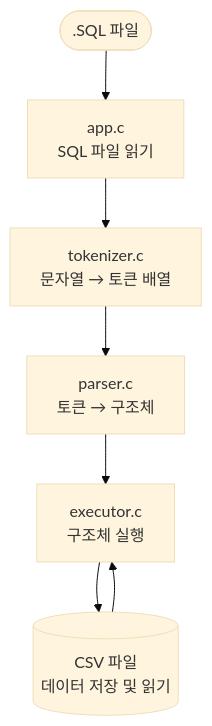
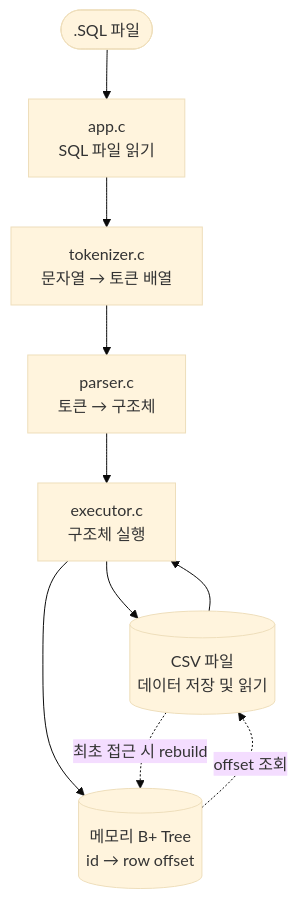
One commit to Jungle-12-303/week7-02-sql-index changed the diagram in AGENTS.md. Above: the diagram before and after it, drawn with Mermaid (base theme). The commit also changed other lines of this file and 10 other files, not shown here.

````diff
--- a/AGENTS.md
+++ b/AGENTS.md
@@ -24,9 +29,12 @@
 ```mermaid
 flowchart TD
     A([.SQL 파일]) --> B[app.c<br>SQL 파일 읽기]
     B --> C[tokenizer.c<br>문자열 → 토큰 배열]
     C --> D[parser.c<br>토큰 → 구조체]
     D --> E[executor.c<br>구조체 실행]
     E --> F[(CSV 파일<br>데이터 저장 및 읽기)]
+    E --> G[(메모리 B+ Tree<br>id → row offset)]
+    F -. 최초 접근 시 rebuild .-> G
+    G -. offset 조회 .-> F
     F --> E
 ```
````
